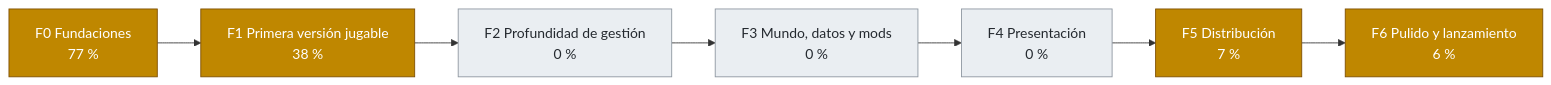
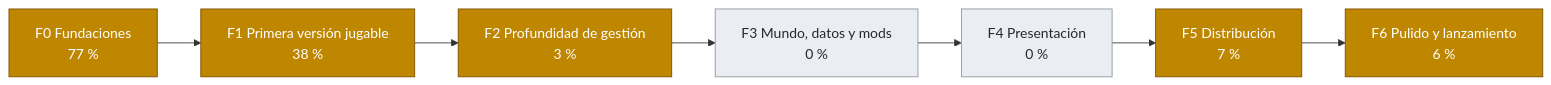
One commit to dariogea/BM27 changed the second of 2 diagrams in docs/roadmap.md. Above: the diagram before and after it, drawn with Mermaid. The commit also changed other lines of this file and 35 other files, not shown here.

````diff
--- a/docs/roadmap.md
+++ b/docs/roadmap.md
@@ -50,21 +50,21 @@
 ```mermaid
 flowchart LR
   F0["F0 Fundaciones<br/>77 %"]
   F1["F1 Primera versión jugable<br/>38 %"]
-  F2["F2 Profundidad de gestión<br/>0 %"]
+  F2["F2 Profundidad de gestión<br/>3 %"]
   F3["F3 Mundo, datos y mods<br/>0 %"]
   F4["F4 Presentación<br/>0 %"]
   F5["F5 Distribución<br/>7 %"]
   F6["F6 Pulido y lanzamiento<br/>6 %"]
   F0 --> F1 --> F2 --> F3 --> F4 --> F5 --> F6
   classDef hecho fill:#2da44e,color:#fff,stroke:#1a7f37;
   classDef curso fill:#bf8700,color:#fff,stroke:#7d4e00;
   classDef pendiente fill:#eaeef2,color:#24292f,stroke:#8c959f;
   class F0 curso;
   class F1 curso;
-  class F2 pendiente;
+  class F2 curso;
   class F3 pendiente;
   class F4 pendiente;
   class F5 curso;
   class F6 curso;
 ```
````
